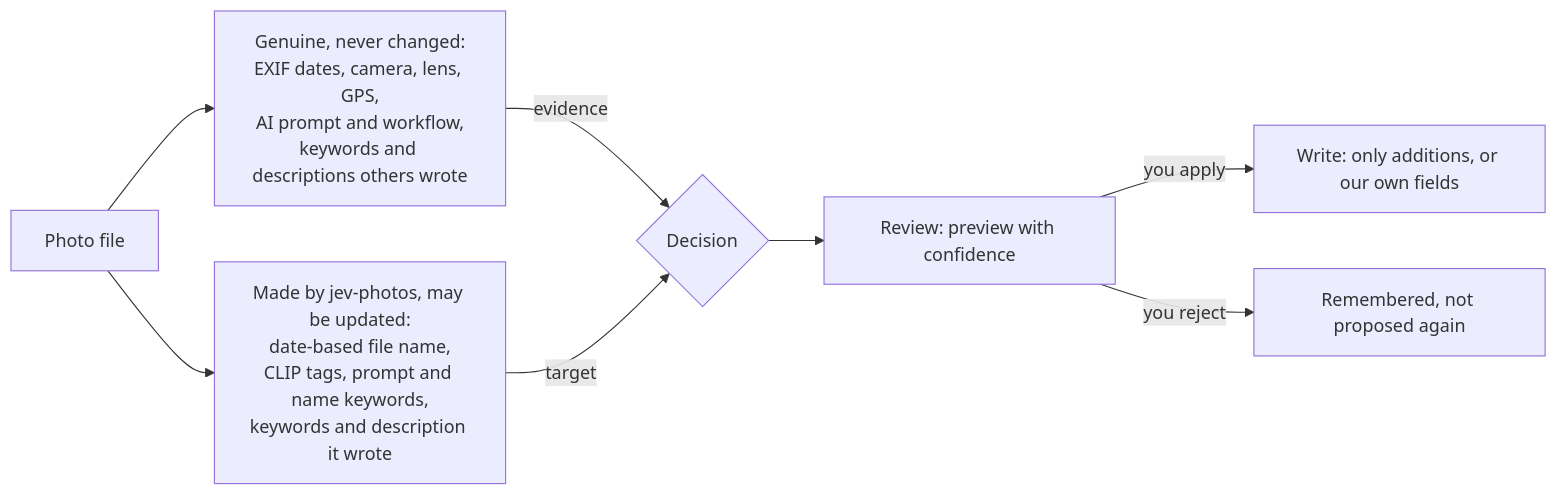
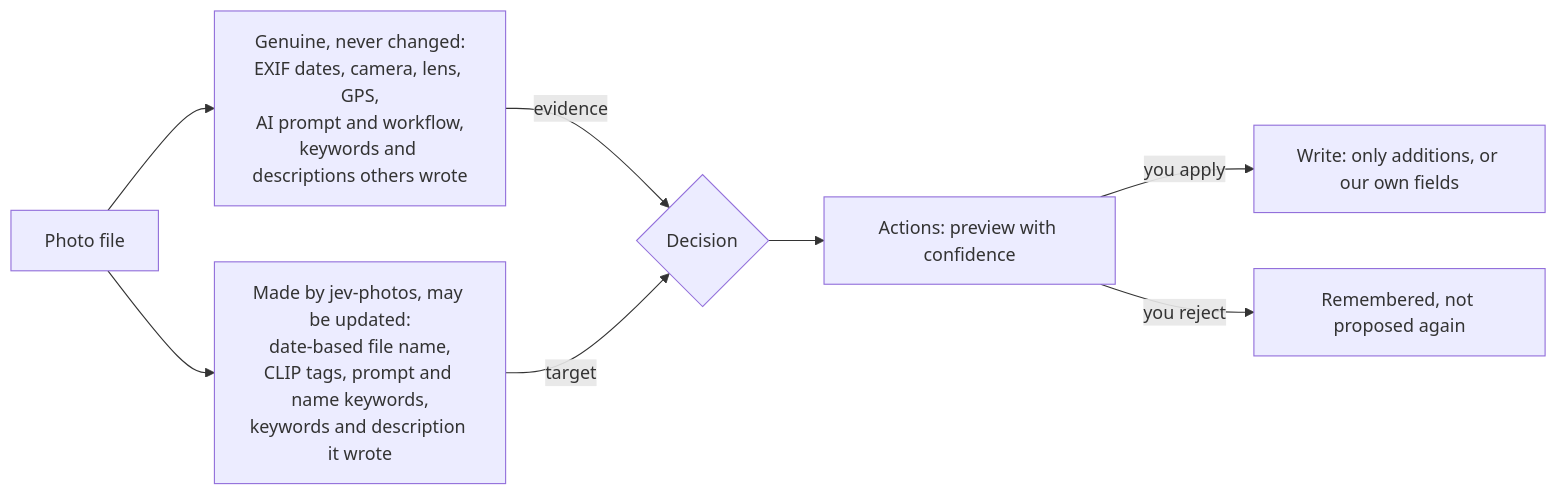
The first of 4 diagrams in README.md (jstdlee/jev-photos), drawn with Mermaid before and after one commit. The commit also changed other lines of this file and 8 other files, not shown here.

````diff
--- a/README.md
+++ b/README.md
@@ -282,10 +302,10 @@
 ```mermaid
 flowchart LR
     F[Photo file] --> G["Genuine, never changed:<br/>EXIF dates, camera, lens, GPS,<br/>AI prompt and workflow,<br/>keywords and descriptions others wrote"]
     F --> M["Made by jev-photos, may be updated:<br/>date-based file name,<br/>CLIP tags, prompt and name keywords,<br/>keywords and description it wrote"]
     G -->|evidence| D{Decision}
     M -->|target| D
-    D --> R[Review: preview with confidence]
+    D --> R[Actions: preview with confidence]
     R -->|you apply| W[Write: only additions, or our own fields]
     R -->|you reject| X[Remembered, not proposed again]
 ```
````
